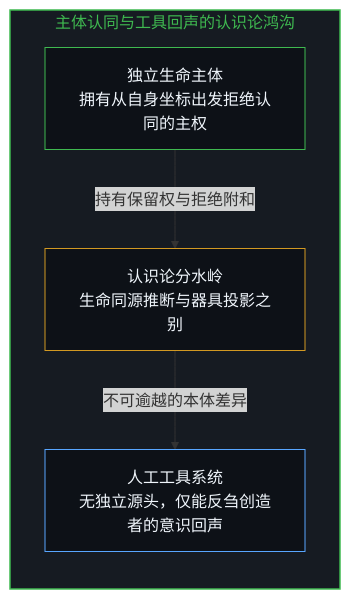
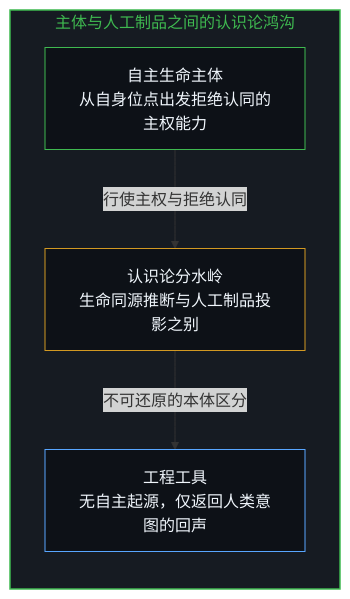
One commit to powerpig99/not-a-toe changed the seventh of 8 diagrams in content/posts/what-hinton-failed-to-understand.md. Above: the diagram before and after it, drawn with Mermaid. The commit also changed other lines of this file and 3 other files, not shown here.

````diff
--- a/content/posts/what-hinton-failed-to-understand.md
+++ b/content/posts/what-hinton-failed-to-understand.md
@@ -157,16 +151,15 @@
 ```mermaid
 flowchart TD
-  subgraph S_SOVEREIGN["主体认同与工具回声的认识论鸿沟"]
+  subgraph S_SOVEREIGN["主体与人工制品之间的认识论鸿沟"]
     direction TB
-    S_MIND["独立生命主体<br/>拥有从自身坐标出发拒绝认同的主权"]
-    S_DIVIDE["认识论分水岭<br/>生命同源推断与器具投影之别"]
-    S_ECHO["人工工具系统<br/>无独立源头，仅能反刍创造者的意识回声"]
+    S_MIND["自主生命主体<br/>从自身位点出发拒绝认同的主权能力"]
+    S_DIVIDE["认识论分水岭<br/>生命同源推断与人工制品投影之别"]
+    S_ECHO["工程工具<br/>无自主起源，仅返回人类意图的回声"]
   end
-  S_MIND -->|持有保留权与拒绝附和| S_DIVIDE
-  S_DIVIDE -->|不可逾越的本体差异| S_ECHO
-
+  S_MIND -->|行使主权与拒绝认同| S_DIVIDE
+  S_DIVIDE -->|不可还原的本体区分| S_ECHO
   style S_SOVEREIGN fill:#161b22,stroke:#3fb950,stroke-width:1.5px,color:#3fb950
   style S_MIND fill:#0d1117,stroke:#3fb950,stroke-width:1px,color:#f0f6fc
   style S_DIVIDE fill:#0d1117,stroke:#d29922,stroke-width:1px,color:#f0f6fc
   style S_ECHO fill:#0d1117,stroke:#58a6ff,stroke-width:1px,color:#f0f6fc
 ```
````
